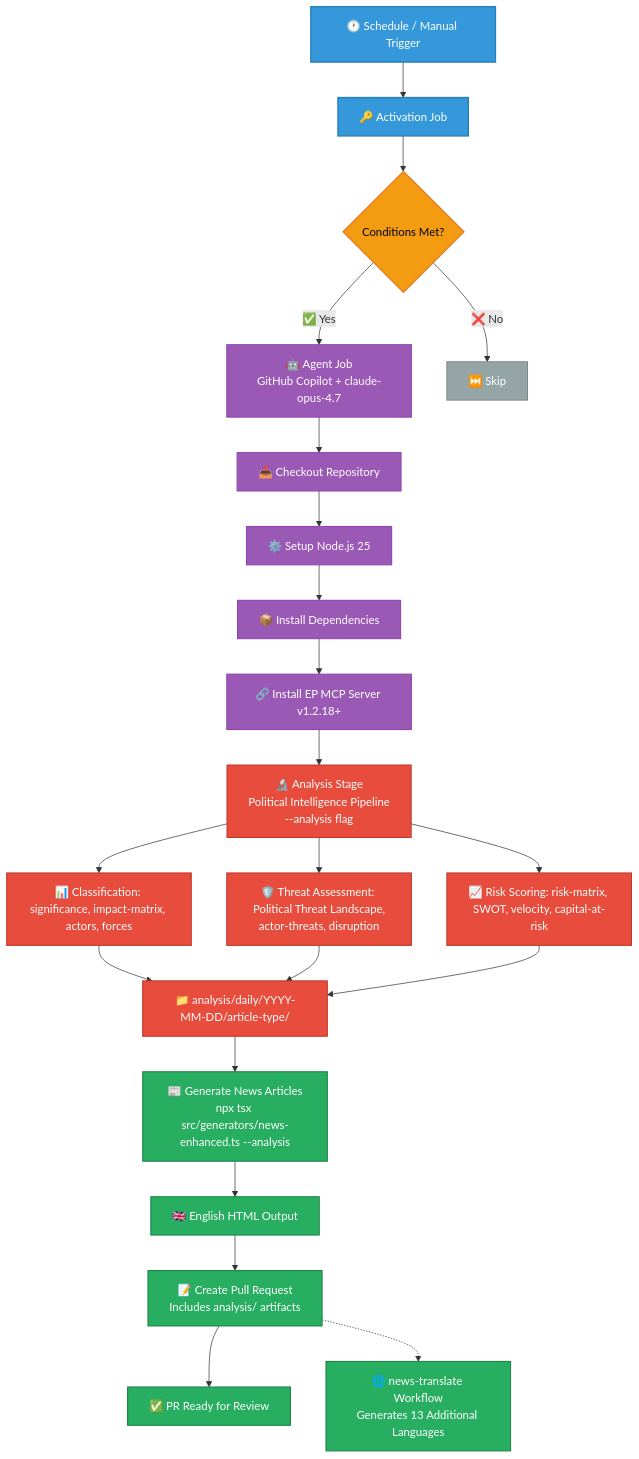
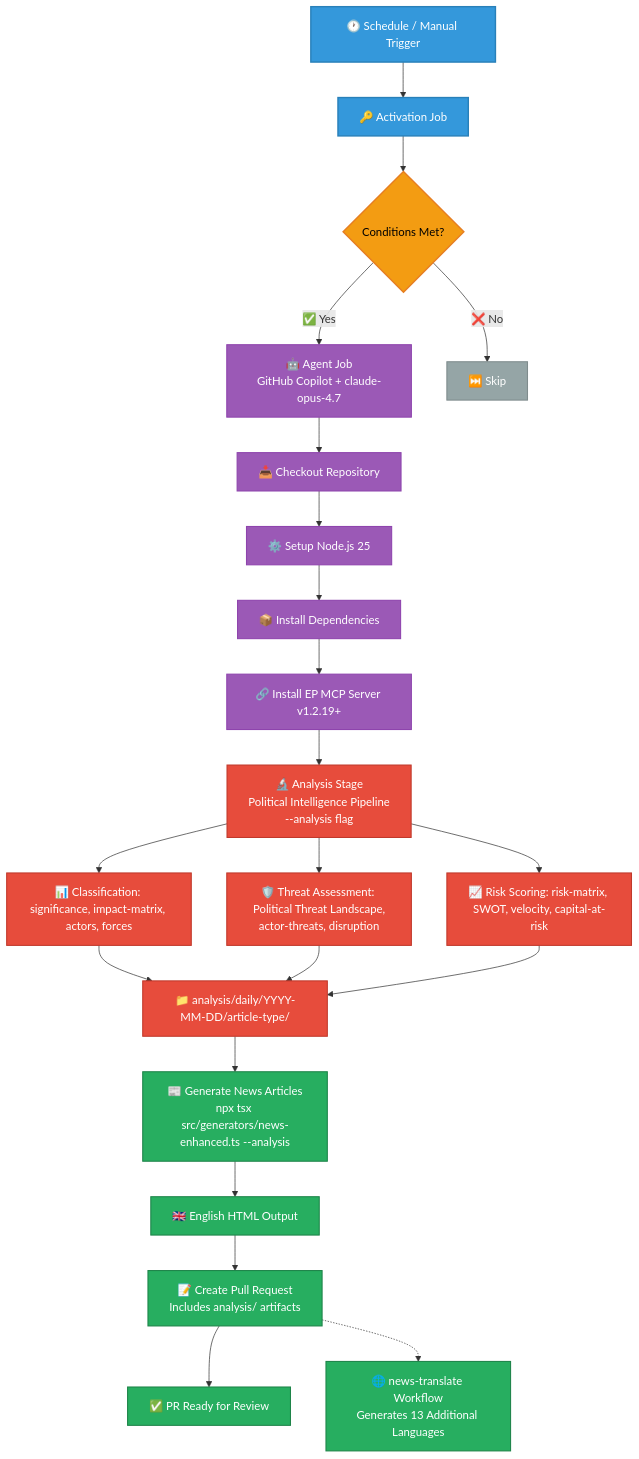
One commit to Hack23/euparliamentmonitor changed the third of 22 diagrams in WORKFLOWS.md. Above: the diagram before and after it, drawn with Mermaid. The commit also changed other lines of this file and 53 other files, not shown here.

First line of the commit message:
chore: bump european-parliament-mcp-server from 1.2.18 to 1.2.19 in all workflows, clients, code, tests, scripts, config and docs

````diff
--- a/WORKFLOWS.md
+++ b/WORKFLOWS.md
@@ -250,37 +250,37 @@
 ```mermaid
 graph TD
     A[🕐 Schedule / Manual Trigger] --> B[🔑 Activation Job]
     B --> C{Conditions Met?}
     C -->|✅ Yes| D[🤖 Agent Job<br/>GitHub Copilot + claude-opus-4.7]
     C -->|❌ No| E[⏭️ Skip]
     D --> F[📥 Checkout Repository]
     F --> G[⚙️ Setup Node.js 25]
     G --> H[📦 Install Dependencies]
-    H --> I[🔗 Install EP MCP Server v1.2.18+]
+    H --> I[🔗 Install EP MCP Server v1.2.19+]
     I --> J1[🔬 Analysis Stage<br/>Political Intelligence Pipeline<br/>--analysis flag]
     J1 --> J1a[📊 Classification: significance, impact-matrix, actors, forces]
     J1 --> J1b[🛡️ Threat Assessment: Political Threat Landscape,<br/>actor-threats, disruption]
     J1 --> J1c[📈 Risk Scoring: risk-matrix, SWOT, velocity, capital-at-risk]
     J1a --> J1d["📁 analysis/daily/YYYY-MM-DD/article-type/"]
     J1b --> J1d
     J1c --> J1d
     J1d --> J[📰 Generate News Articles<br/>npx tsx src/generators/news-enhanced.ts --analysis]
     J --> K[🇬🇧 English HTML Output]
     K --> L[📝 Create Pull Request<br/>Includes analysis/ artifacts]
     L --> M[✅ PR Ready for Review]
     L -.-> N[🌐 news-translate Workflow<br/>Generates 13 Additional Languages]
 
     classDef trigger fill:#3498db,stroke:#2980b9,stroke-width:2px,color:white
     classDef process fill:#9b59b6,stroke:#8e44ad,stroke-width:1.5px,color:white
     classDef decision fill:#f39c12,stroke:#e67e22,stroke-width:2px,color:black
     classDef skip fill:#95a5a6,stroke:#7f8c8d,stroke-width:1.5px,color:white
     classDef analysis fill:#e74c3c,stroke:#c0392b,stroke-width:1.5px,color:white
     classDef output fill:#27ae60,stroke:#1e8449,stroke-width:1.5px,color:white
 
     class A,B trigger
     class D,F,G,H,I process
     class C decision
     class E skip
     class J1,J1a,J1b,J1c,J1d analysis
     class J,K,L,M,N output
 ```
````
